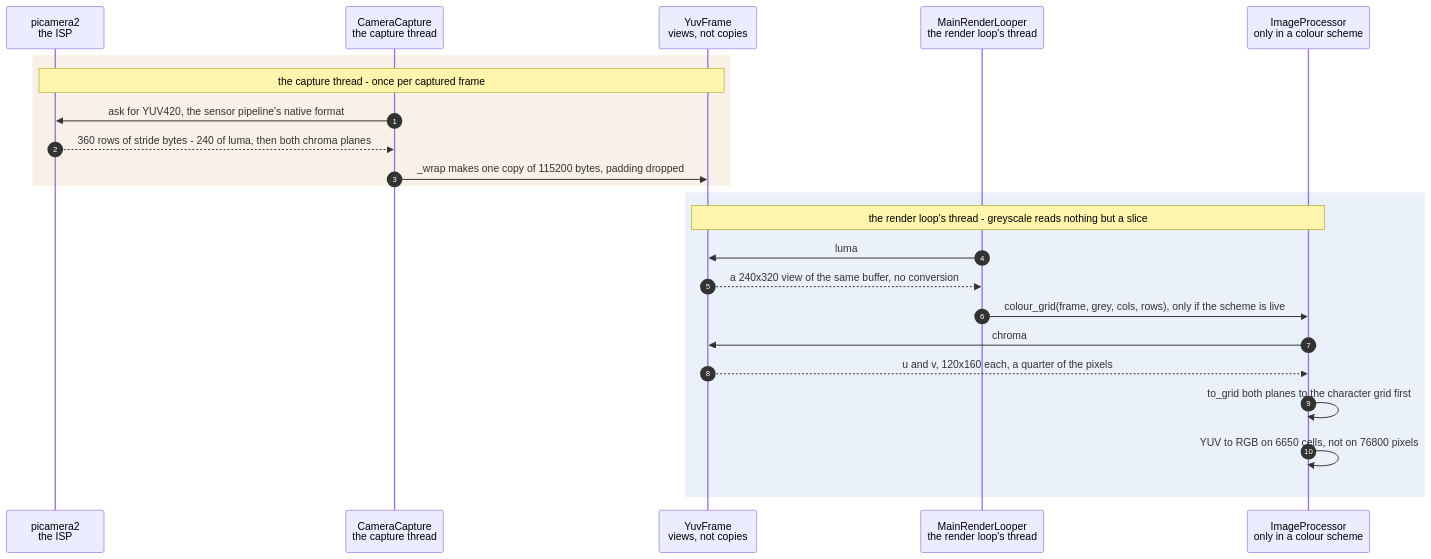
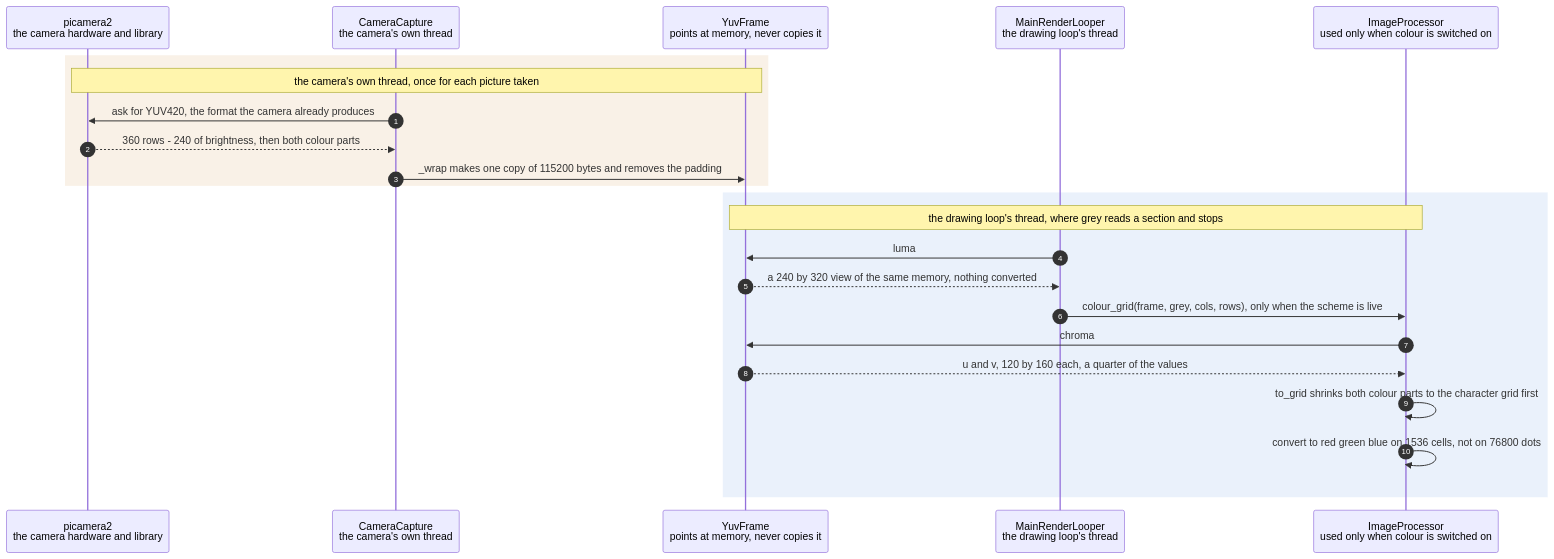
The diagram in docs/scenarios/one-yuv420-capture-carries-greyscale-and-colour-without-converting-either.md (replicant1/AsciiArt-Pi), drawn with Mermaid before and after one commit. The commit also changed other lines of this file and 5 other files, not shown here.

````diff
--- a/docs/scenarios/one-yuv420-capture-carries-greyscale-and-colour-without-converting-either.md
+++ b/docs/scenarios/one-yuv420-capture-carries-greyscale-and-colour-without-converting-either.md
@@ -57,26 +99,26 @@
 ```mermaid
 sequenceDiagram
     autonumber
-    participant Pi as picamera2<br/>the ISP
-    participant Cam as CameraCapture<br/>the capture thread
-    participant F as YuvFrame<br/>views, not copies
-    participant App as MainRenderLooper<br/>the render loop's thread
-    participant Proc as ImageProcessor<br/>only in a colour scheme
+    participant Pi as picamera2<br/>the camera hardware and library
+    participant Cam as CameraCapture<br/>the camera's own thread
+    participant F as YuvFrame<br/>points at memory, never copies it
+    participant App as MainRenderLooper<br/>the drawing loop's thread
+    participant Proc as ImageProcessor<br/>used only when colour is switched on
 
     rect rgba(200, 140, 60, 0.12)
-        note over Pi, F: the capture thread - once per captured frame
-        Cam->>Pi: ask for YUV420, the sensor pipeline's native format
-        Pi-->>Cam: 360 rows of stride bytes - 240 of luma, then both chroma planes
-        Cam->>F: _wrap makes one copy of 115200 bytes, padding dropped
+        note over Pi, F: the camera's own thread, once for each picture taken
+        Cam->>Pi: ask for YUV420, the format the camera already produces
+        Pi-->>Cam: 360 rows - 240 of brightness, then both colour parts
+        Cam->>F: _wrap makes one copy of 115200 bytes and removes the padding
     end
     rect rgba(80, 140, 220, 0.12)
-        note over F, Proc: the render loop's thread - greyscale reads nothing but a slice
+        note over F, Proc: the drawing loop's thread, where grey reads a section and stops
         App->>F: luma
-        F-->>App: a 240x320 view of the same buffer, no conversion
-        App->>Proc: colour_grid(frame, grey, cols, rows), only if the scheme is live
+        F-->>App: a 240 by 320 view of the same memory, nothing converted
+        App->>Proc: colour_grid(frame, grey, cols, rows), only when the scheme is live
         Proc->>F: chroma
-        F-->>Proc: u and v, 120x160 each, a quarter of the pixels
-        Proc->>Proc: to_grid both planes to the character grid first
-        Proc->>Proc: YUV to RGB on 6650 cells, not on 76800 pixels
+        F-->>Proc: u and v, 120 by 160 each, a quarter of the values
+        Proc->>Proc: to_grid shrinks both colour parts to the character grid first
+        Proc->>Proc: convert to red green blue on 1536 cells, not on 76800 dots
     end
 ```
````
